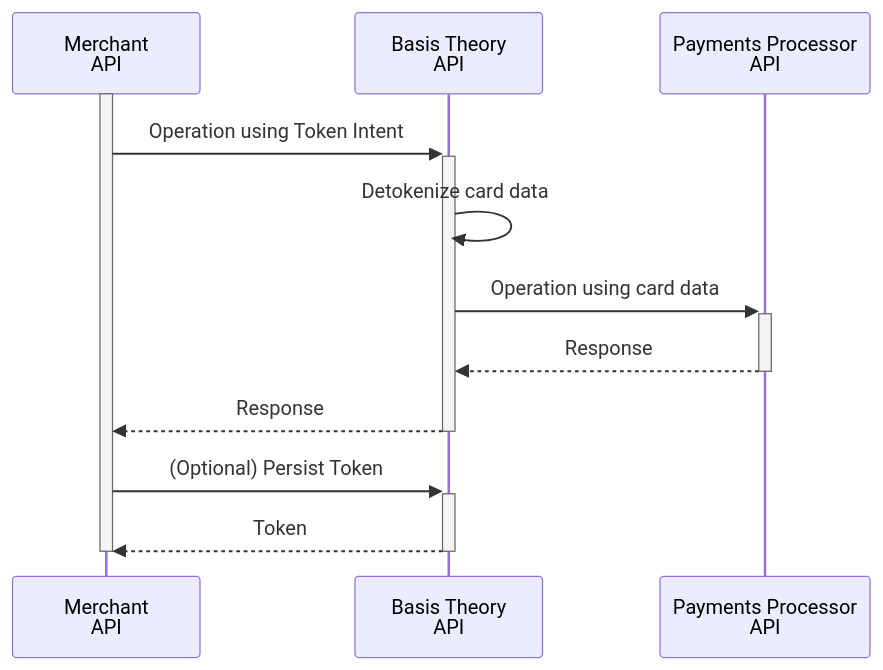
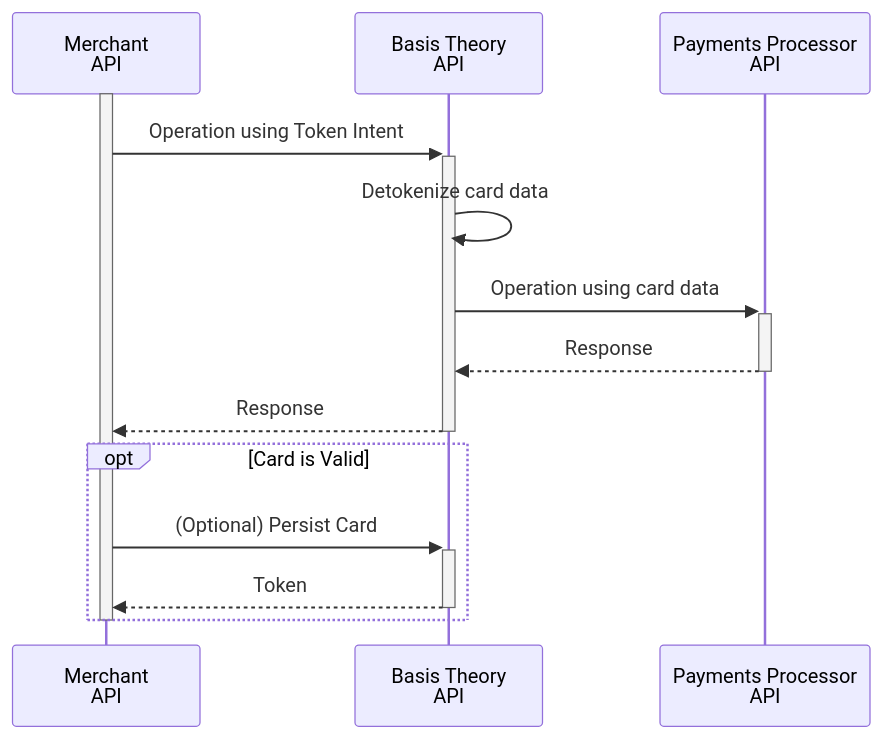
One commit to Basis-Theory/developers.basistheory.com changed the diagram in docs/online-payments/cards-checkout.mdx. Above: the diagram before and after it, drawn with Mermaid. The commit also changed other lines of this file and 5 other files, not shown here.

````diff
--- a/docs/online-payments/cards-checkout.mdx
+++ b/docs/online-payments/cards-checkout.mdx
@@ -44,16 +35,18 @@
 ```mermaid
   sequenceDiagram
     participant mapi as Merchant<br>API
     participant bapi as Basis Theory<br>API
     participant psp as Payments Processor<br>API
 
     activate mapi
     mapi ->>+ bapi: Operation using Token Intent
     bapi ->> bapi: Detokenize card data
     bapi ->>+ psp: Operation using card data
     psp -->>- bapi: Response
     bapi -->>- mapi: Response
-    mapi ->>+ bapi: (Optional) Persist Token
-    bapi -->>- mapi: Token
+    opt Card is Valid
+      mapi ->>+ bapi: (Optional) Persist Card
+      bapi -->>- mapi: Token
+    end
     deactivate mapi
 ```
````
